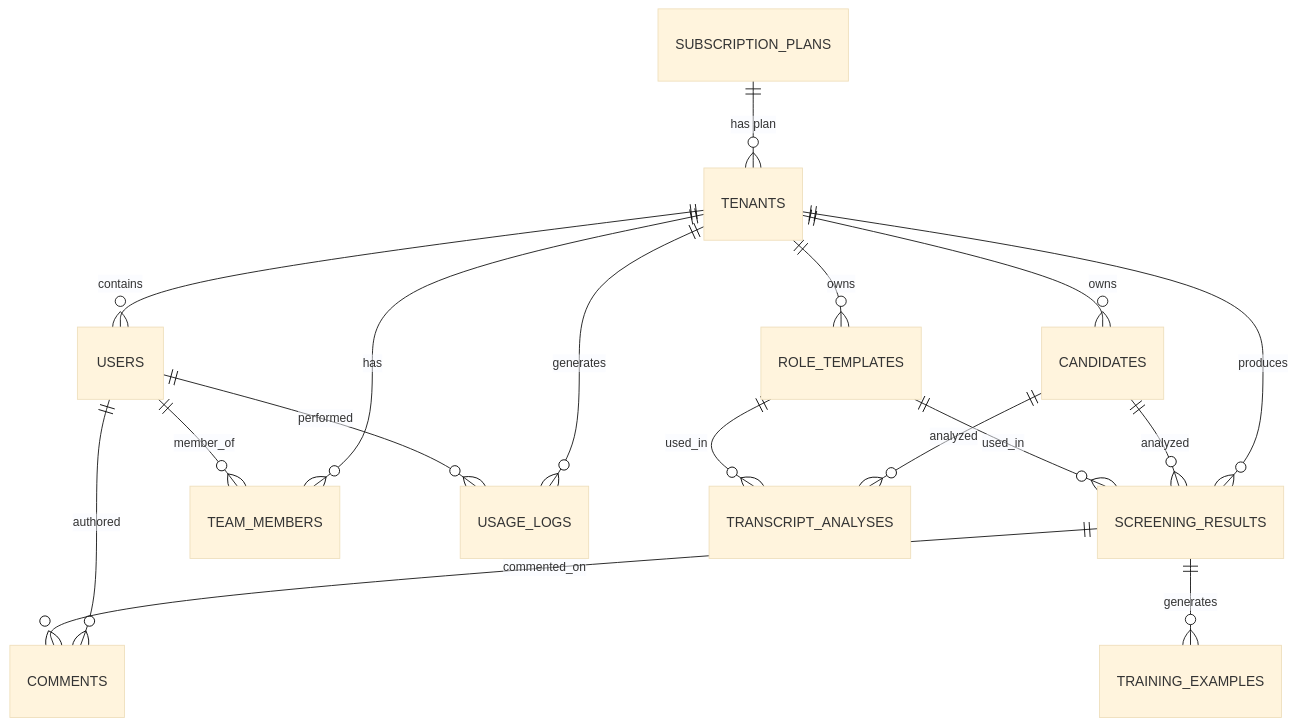
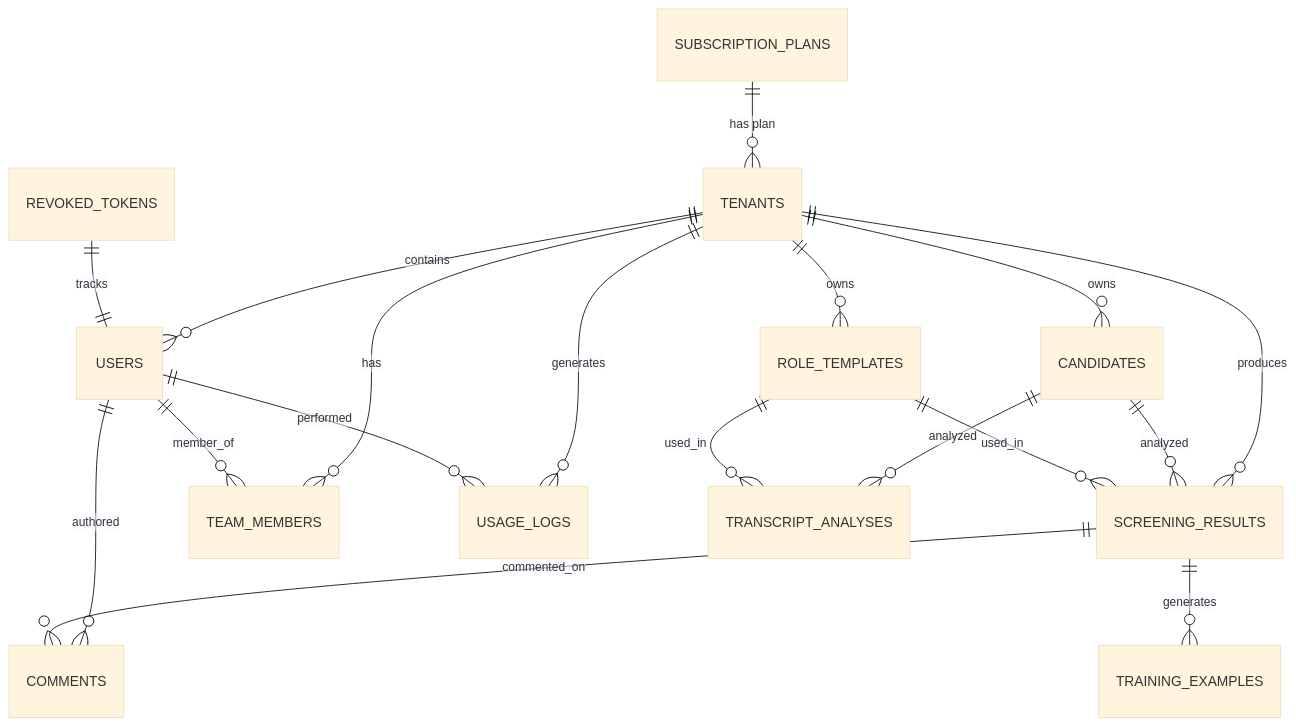
Before and after one commit to Revanththetalogics/aireume: the second of 7 diagrams in .qoder/repowiki/en/content/Database Design/Database Design.md, drawn with Mermaid (base theme). The commit also changed other lines of this file and 33 other files, not shown here.

````diff
--- a/.qoder/repowiki/en/content/Database Design/Database Design.md
+++ b/.qoder/repowiki/en/content/Database Design/Database Design.md
@@ -125,19 +146,20 @@
 ```mermaid
 erDiagram
 SUBSCRIPTION_PLANS ||--o{ TENANTS : "has plan"
 TENANTS ||--o{ USERS : "contains"
 TENANTS ||--o{ CANDIDATES : "owns"
 TENANTS ||--o{ ROLE_TEMPLATES : "owns"
 TENANTS ||--o{ SCREENING_RESULTS : "produces"
 TENANTS ||--o{ TEAM_MEMBERS : "has"
 TENANTS ||--o{ USAGE_LOGS : "generates"
 USERS ||--o{ TEAM_MEMBERS : "member_of"
 USERS ||--o{ COMMENTS : "authored"
 USERS ||--o{ USAGE_LOGS : "performed"
 CANDIDATES ||--o{ SCREENING_RESULTS : "analyzed"
 CANDIDATES ||--o{ TRANSCRIPT_ANALYSES : "analyzed"
 ROLE_TEMPLATES ||--o{ SCREENING_RESULTS : "used_in"
 ROLE_TEMPLATES ||--o{ TRANSCRIPT_ANALYSES : "used_in"
 SCREENING_RESULTS ||--o{ COMMENTS : "commented_on"
 SCREENING_RESULTS ||--o{ TRAINING_EXAMPLES : "generates"
+REVOKED_TOKENS ||--|| USERS : "tracks"
 ```
````
